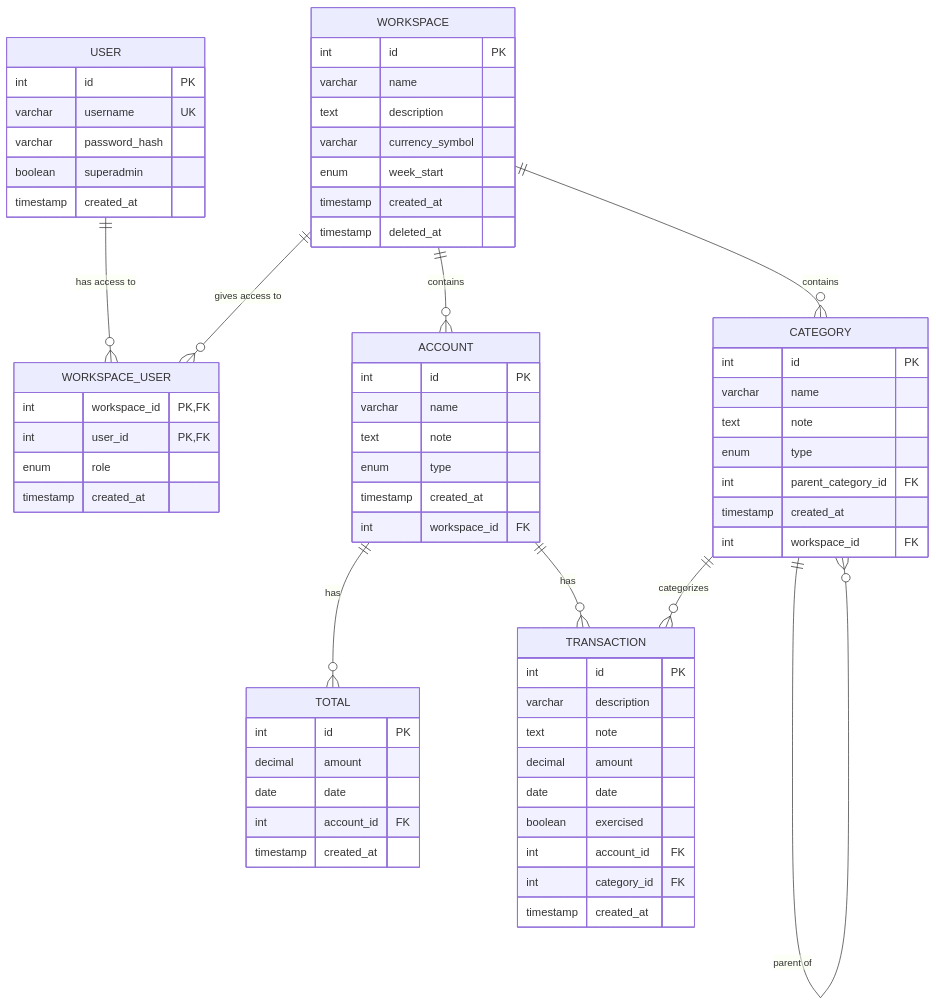
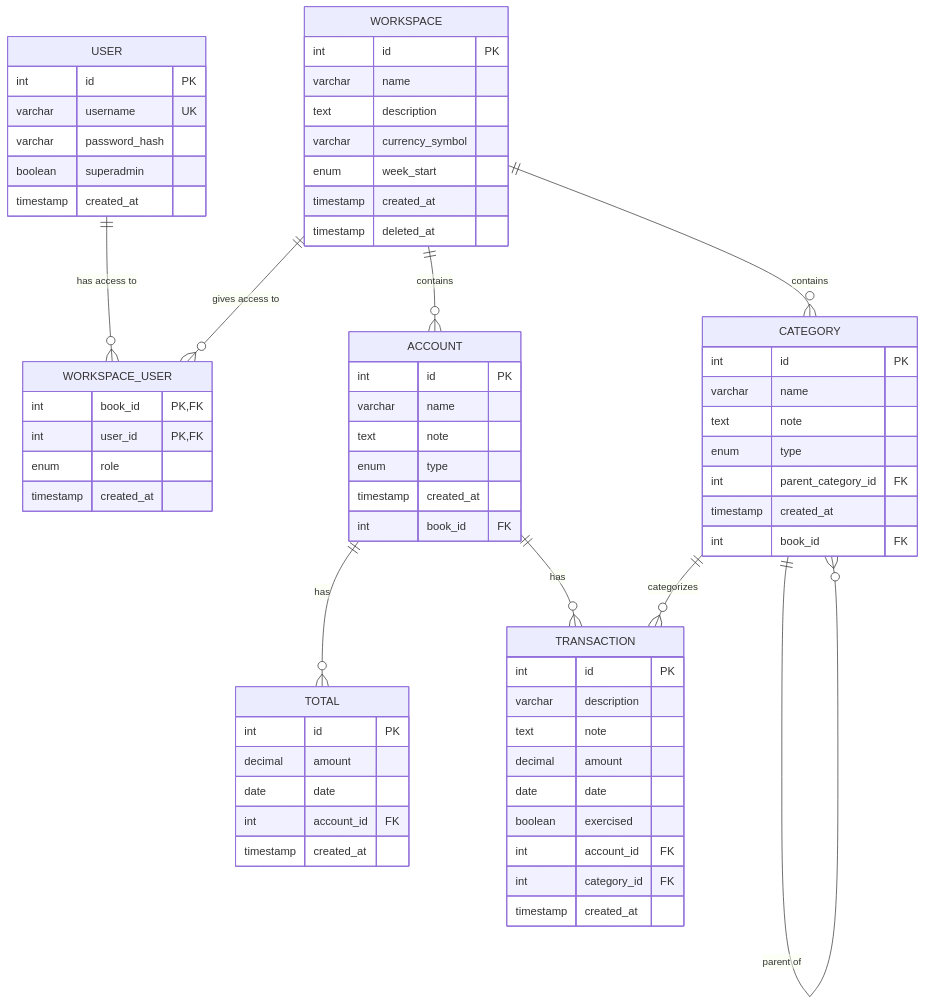
The diagram in api/db/diagram.md (levhita/tomas), drawn with Mermaid before and after one commit. The commit also changed 74 other files, not shown here.

````diff
--- a/api/db/diagram.md
+++ b/api/db/diagram.md
@@ -2,75 +2,75 @@
 ```mermaid
 erDiagram
     USER {
         int id PK
         varchar username UK
         varchar password_hash
         boolean superadmin
         timestamp created_at
     }
     
     WORKSPACE {
         int id PK
         varchar name
         text description
         varchar currency_symbol
         enum week_start
         timestamp created_at
         timestamp deleted_at
     }
     
     WORKSPACE_USER {
-        int workspace_id PK,FK
+        int book_id PK,FK
         int user_id PK,FK
         enum role
         timestamp created_at
     }
     
     ACCOUNT {
         int id PK
         varchar name
         text note
         enum type
         timestamp created_at
-        int workspace_id FK
+        int book_id FK
     }
     
     TOTAL {
         int id PK
         decimal amount
         date date
         int account_id FK
         timestamp created_at
     }
     
     CATEGORY {
         int id PK
         varchar name
         text note
         enum type
         int parent_category_id FK
         timestamp created_at
-        int workspace_id FK
+        int book_id FK
     }
     
     TRANSACTION {
         int id PK
         varchar description
         text note
         decimal amount
         date date
         boolean exercised
         int account_id FK
         int category_id FK
         timestamp created_at
     }
     
     USER ||--o{ WORKSPACE_USER : "has access to"
     WORKSPACE ||--o{ WORKSPACE_USER : "gives access to"
     WORKSPACE ||--o{ ACCOUNT : "contains"
     WORKSPACE ||--o{ CATEGORY : "contains"
     ACCOUNT ||--o{ TRANSACTION : "has"
     ACCOUNT ||--o{ TOTAL : "has"
     CATEGORY ||--o{ TRANSACTION : "categorizes"
     CATEGORY ||--o{ CATEGORY : "parent of"
 ```
````
